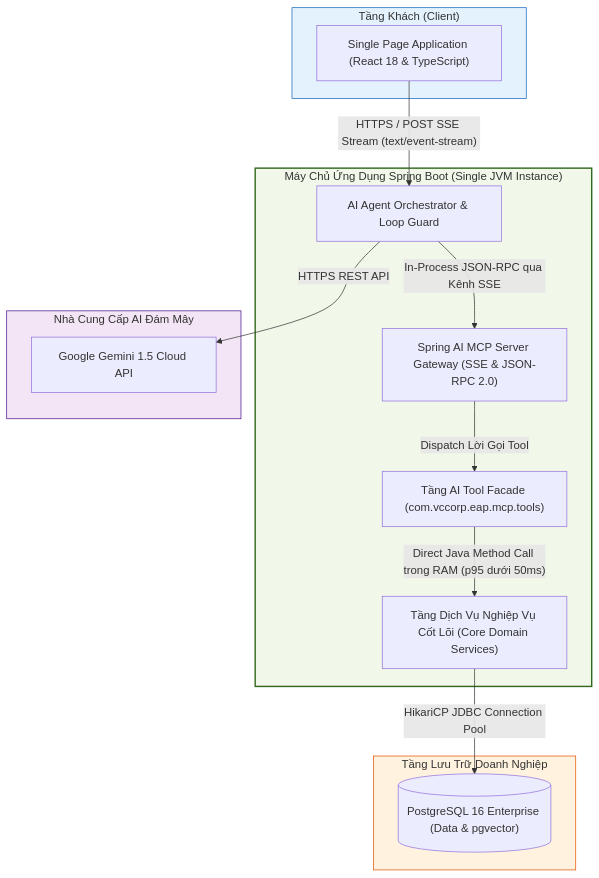
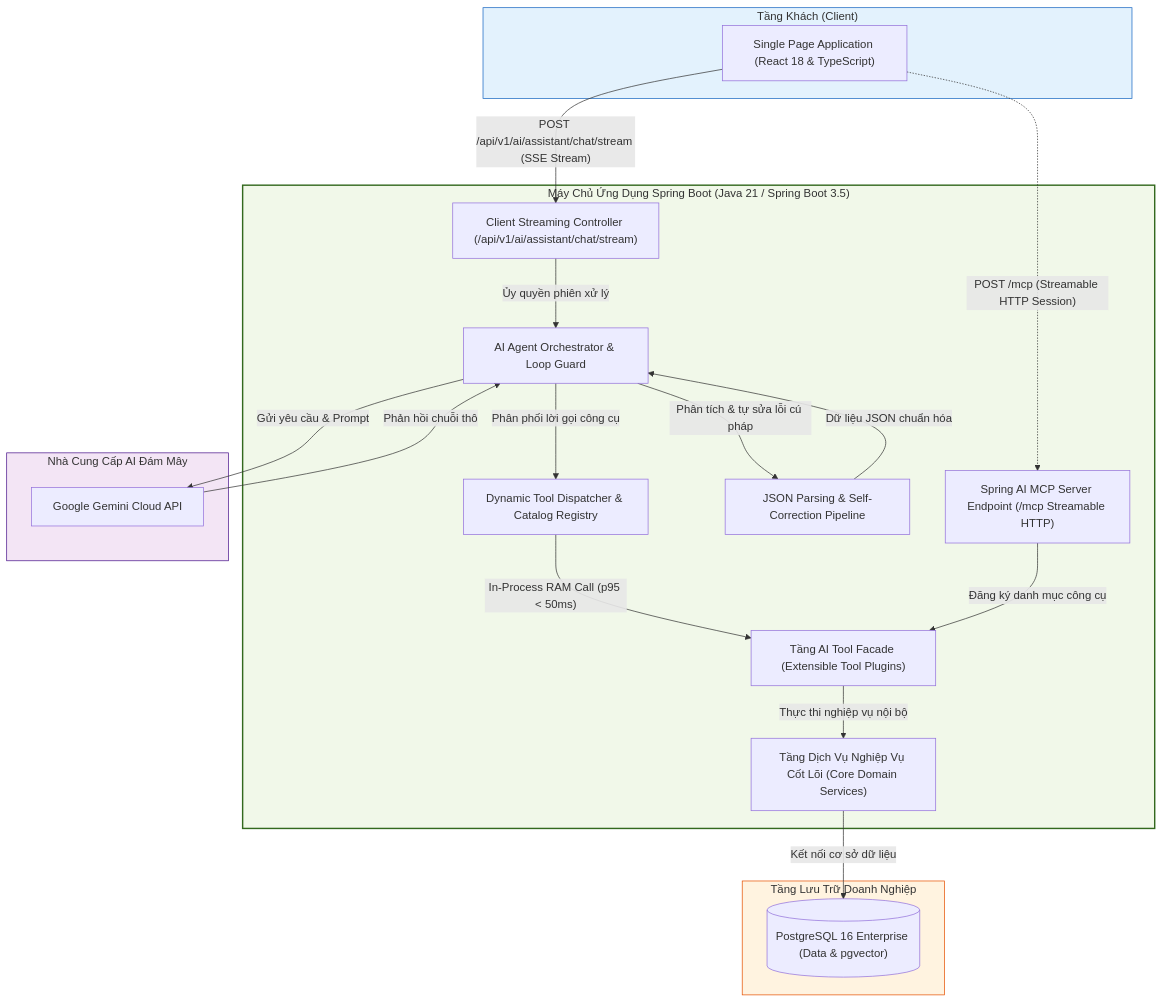
Before and after one commit to thanhhuong1523/enterprise-ai-systems: the second of 4 diagrams in eap/docs/week6/ArchitectureDesign.md, drawn with Mermaid. The commit also changed other lines of this file and 41 other files, not shown here.

````diff
--- a/eap/docs/week6/ArchitectureDesign.md
+++ b/eap/docs/week6/ArchitectureDesign.md
@@ -117,33 +99,42 @@
 ```mermaid
 flowchart TB
     subgraph ClientContainer ["Tầng Khách (Client)"]
         SPA["Single Page Application (React 18 & TypeScript)"]
     end
 
-    subgraph JVMContainer ["Máy Chủ Ứng Dụng Spring Boot (Single JVM Instance)"]
+    subgraph JVMContainer ["Máy Chủ Ứng Dụng Spring Boot (Java 21 / Spring Boot 3.5)"]
+        StreamAdapter["Client Streaming Controller (/api/v1/ai/assistant/chat/stream)"]
+        McpServerEndpoint["Spring AI MCP Server Endpoint (/mcp Streamable HTTP)"]
         AgentOrchestrator["AI Agent Orchestrator & Loop Guard"]
-        McpGateway["Spring AI MCP Server Gateway (SSE & JSON-RPC 2.0)"]
-        ToolFacadeLayer["Tầng AI Tool Facade (com.vccorp.eap.mcp.tools)"]
+        JsonResiliencePipeline["JSON Parsing & Self-Correction Pipeline"]
+        DynamicDispatcher["Dynamic Tool Dispatcher & Catalog Registry"]
+        ToolFacadeLayer["Tầng AI Tool Facade (Extensible Tool Plugins)"]
         CoreBusinessServices["Tầng Dịch Vụ Nghiệp Vụ Cốt Lõi (Core Domain Services)"]
     end
 
     subgraph StorageContainer ["Tầng Lưu Trữ Doanh Nghiệp"]
         PostgresDB[("PostgreSQL 16 Enterprise (Data & pgvector)")]
     end
 
     subgraph CloudAIProvider ["Nhà Cung Cấp AI Đám Mây"]
-        GeminiAPI["Google Gemini 1.5 Cloud API"]
+        GeminiAPI["Google Gemini Cloud API"]
     end
 
-    SPA -->|"HTTPS / POST SSE Stream (text/event-stream)"| AgentOrchestrator
-    AgentOrchestrator -->|"In-Process JSON-RPC qua Kênh SSE"| McpGateway
-    AgentOrchestrator -->|"HTTPS REST API"| GeminiAPI
-    McpGateway -->|"Dispatch Lời Gọi Tool"| ToolFacadeLayer
-    ToolFacadeLayer -->|"Direct Java Method Call trong RAM (p95 dưới 50ms)"| CoreBusinessServices
-    CoreBusinessServices -->|"HikariCP JDBC Connection Pool"| PostgresDB
+    SPA -->|"POST /api/v1/ai/assistant/chat/stream (SSE Stream)"| StreamAdapter
+    SPA -.->|"POST /mcp (Streamable HTTP Session)"| McpServerEndpoint
+    StreamAdapter -->|"Ủy quyền phiên xử lý"| AgentOrchestrator
+    AgentOrchestrator -->|"Gửi yêu cầu & Prompt"| GeminiAPI
+    GeminiAPI -->|"Phản hồi chuỗi thô"| AgentOrchestrator
+    AgentOrchestrator -->|"Phân tích & tự sửa lỗi cú pháp"| JsonResiliencePipeline
+    JsonResiliencePipeline -->|"Dữ liệu JSON chuẩn hóa"| AgentOrchestrator
+    AgentOrchestrator -->|"Phân phối lời gọi công cụ"| DynamicDispatcher
+    DynamicDispatcher -->|"In-Process RAM Call (p95 < 50ms)"| ToolFacadeLayer
+    McpServerEndpoint -->|"Đăng ký danh mục công cụ"| ToolFacadeLayer
+    ToolFacadeLayer -->|"Thực thi nghiệp vụ nội bộ"| CoreBusinessServices
+    CoreBusinessServices -->|"Kết nối cơ sở dữ liệu"| PostgresDB
 
     style ClientContainer fill:#E3F2FD,stroke:#1565C0,stroke-width:1px
     style JVMContainer fill:#F1F8E9,stroke:#33691E,stroke-width:2px
     style StorageContainer fill:#FFF3E0,stroke:#E65100,stroke-width:1px
     style CloudAIProvider fill:#F3E5F5,stroke:#4A148C,stroke-width:1px
 ```
````
